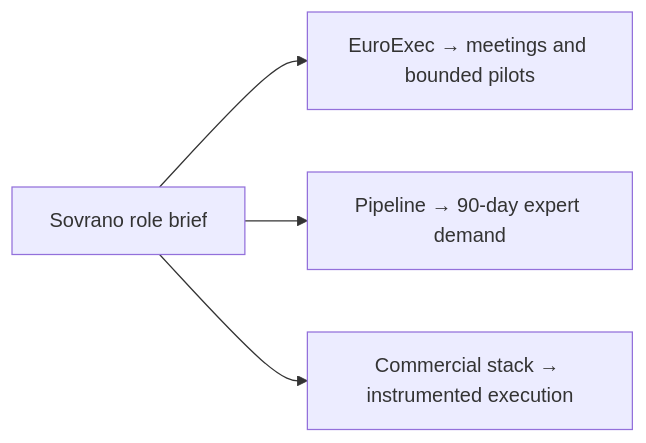
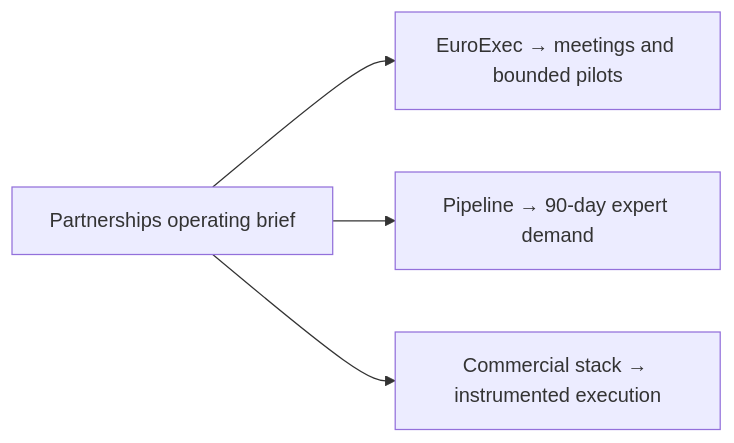
One commit to mattbatcheldor/ai-partnerships-os changed the first of 2 diagrams in README.md. Above: the diagram before and after it, drawn with Mermaid. The commit also changed other lines of this file, not shown here.

Commit message:
Update README overview
Use neutral commercial framing while preserving the operating proof and direct evidence links.

````diff
--- a/README.md
+++ b/README.md
@@ -19,6 +19,6 @@
 ```mermaid
 flowchart LR
-    A[Sovrano role brief] --> B[EuroExec → meetings and bounded pilots]
+    A[Partnerships operating brief] --> B[EuroExec → meetings and bounded pilots]
     A --> C[Pipeline → 90-day expert demand]
     A --> D[Commercial stack → instrumented execution]
 ```
````
